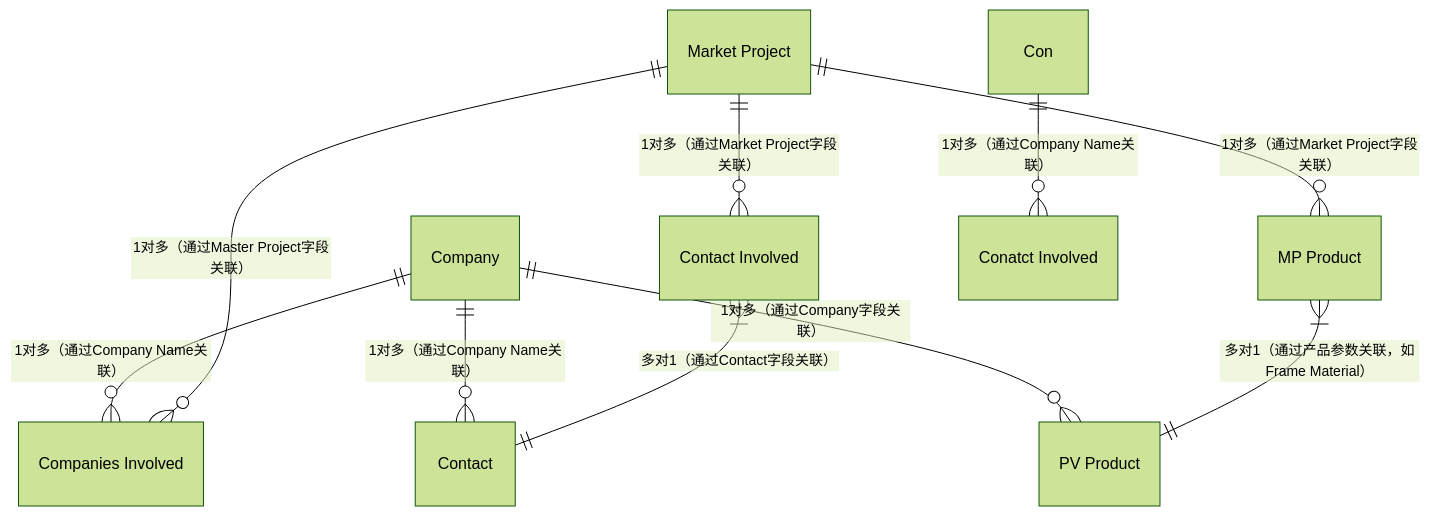
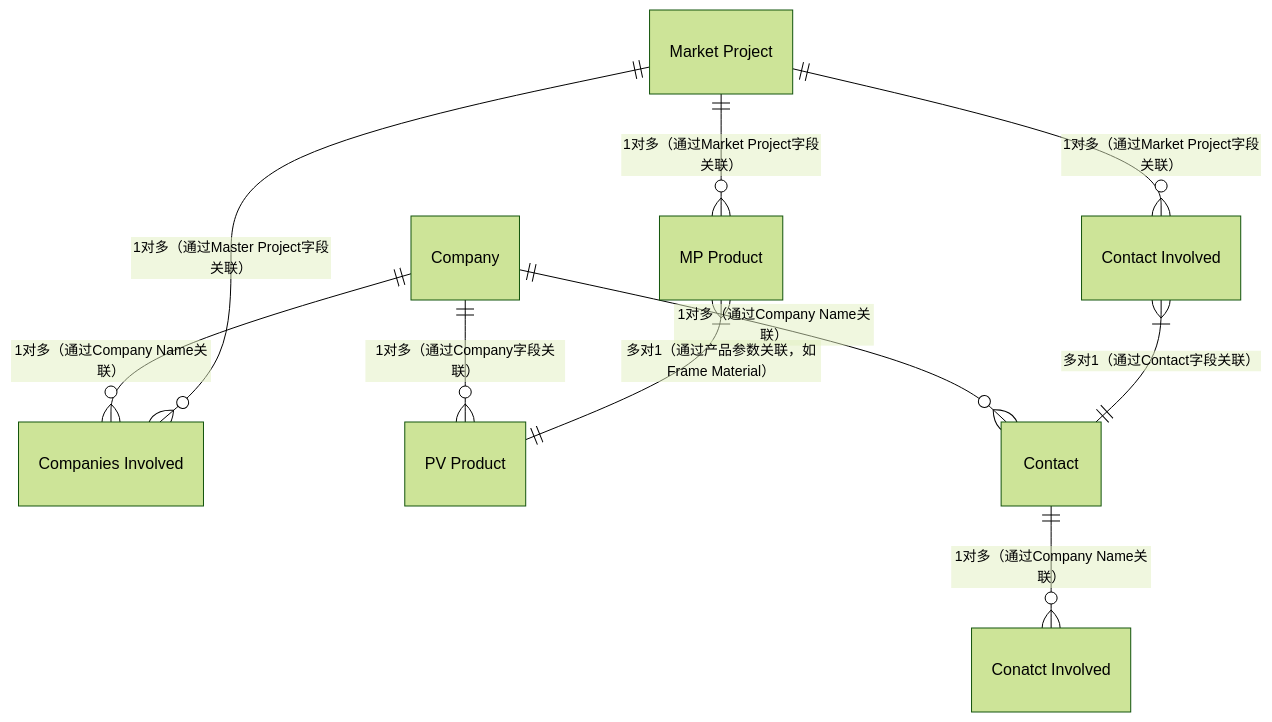
The diagram in all/未命名.md (zhangziru-33/iodraw-files), drawn with Mermaid (forest theme) before and after one commit.

Commit message:
2025-12-04 13:40:25 update

````diff
--- a/all/未命名.md
+++ b/all/未命名.md
@@ -1,12 +1,12 @@
 ```mermaid
 erDiagram
     Company ||--o{ "Companies Involved" : "1对多（通过Company Name关联）"
     Company ||--o{ "PV Product" : "1对多（通过Company字段关联）"
     Company ||--o{ "Contact" : "1对多（通过Company Name关联）"
     "Market Project" ||--o{ "Companies Involved" : "1对多（通过Master Project字段关联）"
     "Market Project" ||--o{ "Contact Involved" : "1对多（通过Market Project字段关联）"
     "Market Project" ||--o{ "MP Product" : "1对多（通过Market Project字段关联）"
     "MP Product" }|--|| "PV Product" : "多对1（通过产品参数关联，如Frame Material）"
     "Contact Involved" }|--|| "Contact" : "多对1（通过Contact字段关联）"
-    Con ||--o{ "Conatct Involved" : "1对多（通过Company Name关联）"
+    Contact ||--o{ "Conatct Involved" : "1对多（通过Company Name关联）"
 ```
````
